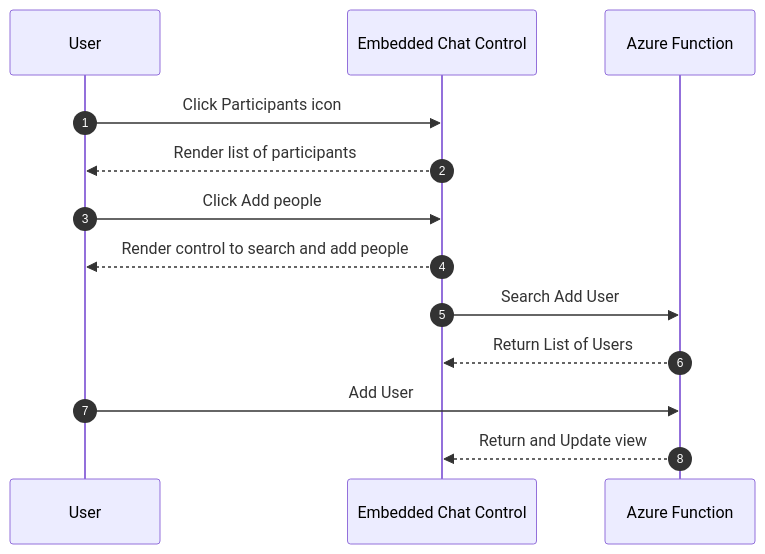
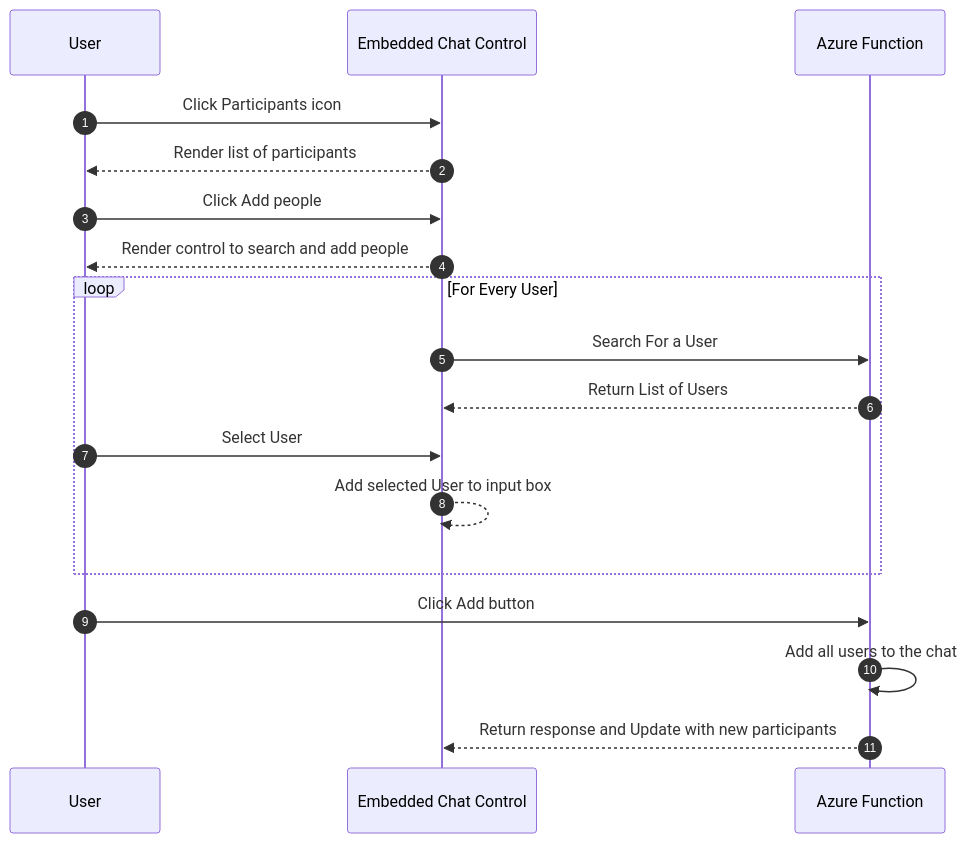
Before and after one commit to preetiyadav12/shareToTeams: the diagram in docs/AddParticipantUML.md, drawn with Mermaid. The commit also changed 1 other file, not shown here.

Commit message:
added loops to handle multiple participants

````diff
--- a/docs/AddParticipantUML.md
+++ b/docs/AddParticipantUML.md
@@ -3,15 +3,21 @@
 ```mermaid
 sequenceDiagram
     autonumber
     participant User
     participant Embedded Chat Control
     participant Azure Function
     User->>Embedded Chat Control: Click Participants icon
     Embedded Chat Control-->>User: Render list of participants
     User->>Embedded Chat Control: Click Add people
     Embedded Chat Control-->>User: Render control to search and add people
-    Embedded Chat Control->>Azure Function: Search Add User
-    Azure Function-->>Embedded Chat Control: Return List of Users
-    User->>Azure Function: Add User
-    Azure Function-->>Embedded Chat Control: Return and Update view
+    loop For Every User
+        Embedded Chat Control->>Azure Function: Search For a User
+        Azure Function-->>Embedded Chat Control: Return List of Users
+        User->>Embedded Chat Control: Select User
+        Embedded Chat Control-->>Embedded Chat Control: Add selected User to input box
+    end
+    User->>Azure Function: Click Add button
+    Azure Function->>Azure Function: Add all users to the chat
+    Azure Function-->>Embedded Chat Control: Return response and Update with new participants
+    
 ```
````
